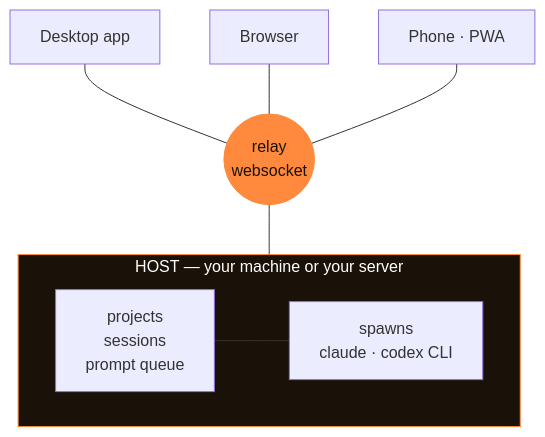
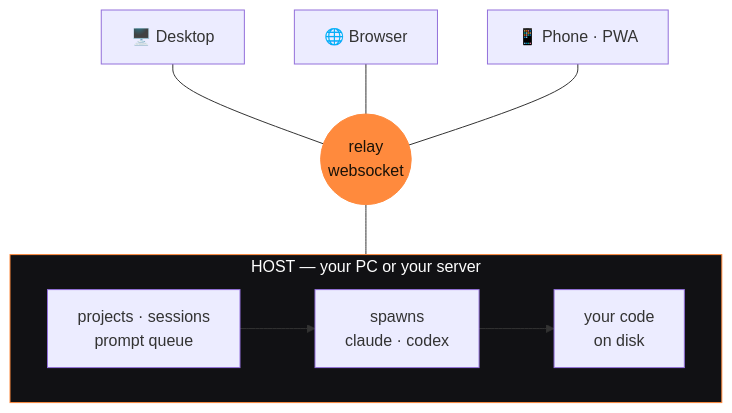
The third of 4 diagrams in README.md (joaoventuri/maestrus), drawn with Mermaid before and after one commit. The commit also changed other lines of this file and 13 other files, not shown here.

````diff
--- a/README.md
+++ b/README.md
@@ -168,15 +264,17 @@
 ```mermaid
 flowchart TB
-    D["Desktop app"] --- R(("relay<br/>websocket"))
-    W["Browser"] --- R
-    P["Phone · PWA"] --- R
+    D["🖥️ Desktop"] --- R
+    W["🌐 Browser"] --- R
+    P["📱 Phone · PWA"] --- R
+    R(("relay<br/>websocket"))
     R --- H
 
-    subgraph H ["HOST — your machine or your server"]
+    subgraph H ["HOST — your PC or your server"]
         direction LR
-        PR["projects<br/>sessions<br/>prompt queue"] --- AG["spawns<br/>claude · codex CLI"]
+        Q["projects · sessions<br/>prompt queue"] --> AG["spawns<br/>claude · codex"]
+        AG --> FS["your code<br/>on disk"]
     end
 
-    style H fill:#1a1208,stroke:#ff8a3d,color:#fff
+    style H fill:#111114,stroke:#ff8a3d,color:#fff
     style R fill:#ff8a3d,stroke:#ff8a3d,color:#1a1208
 ```
````
